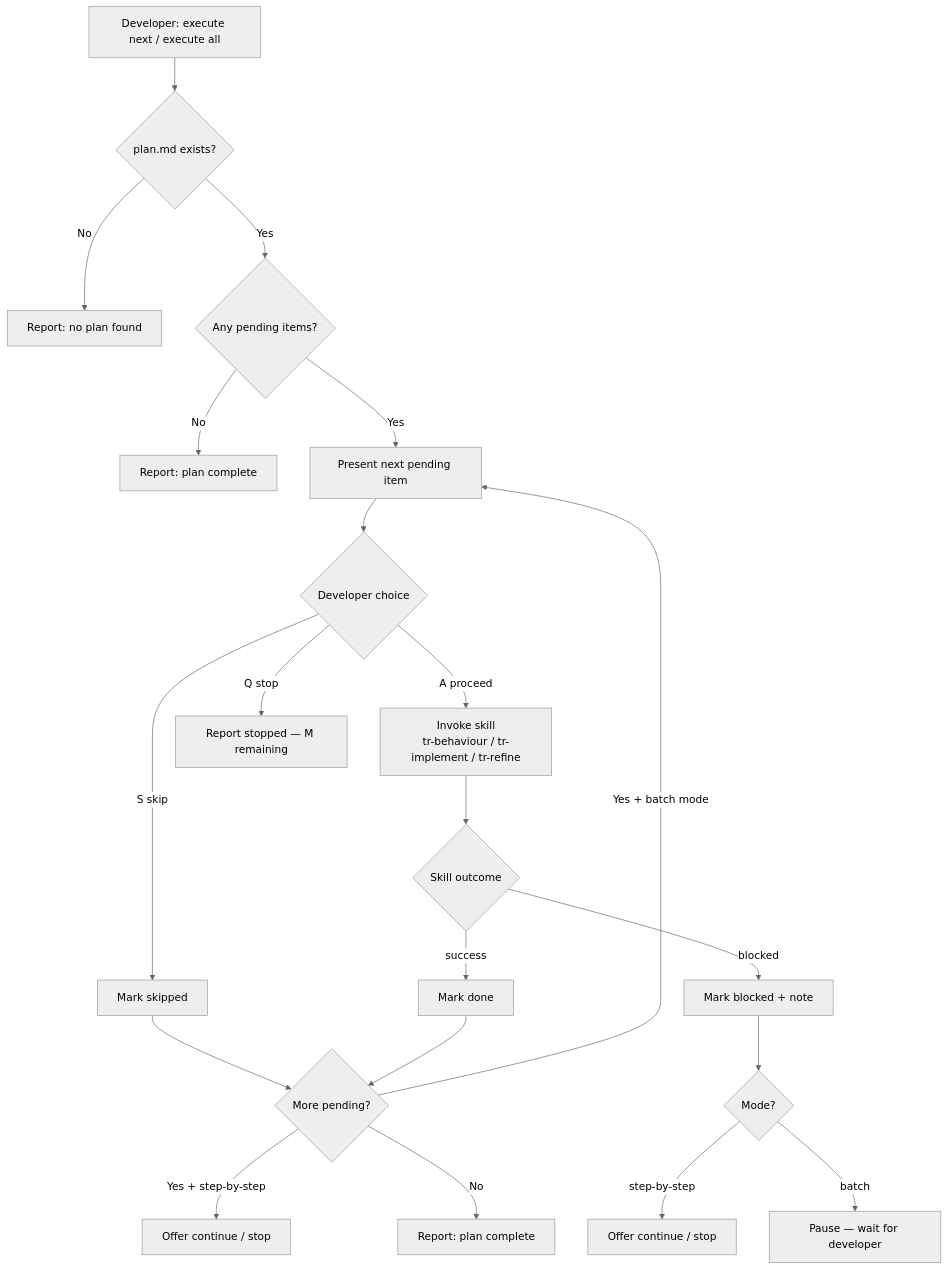
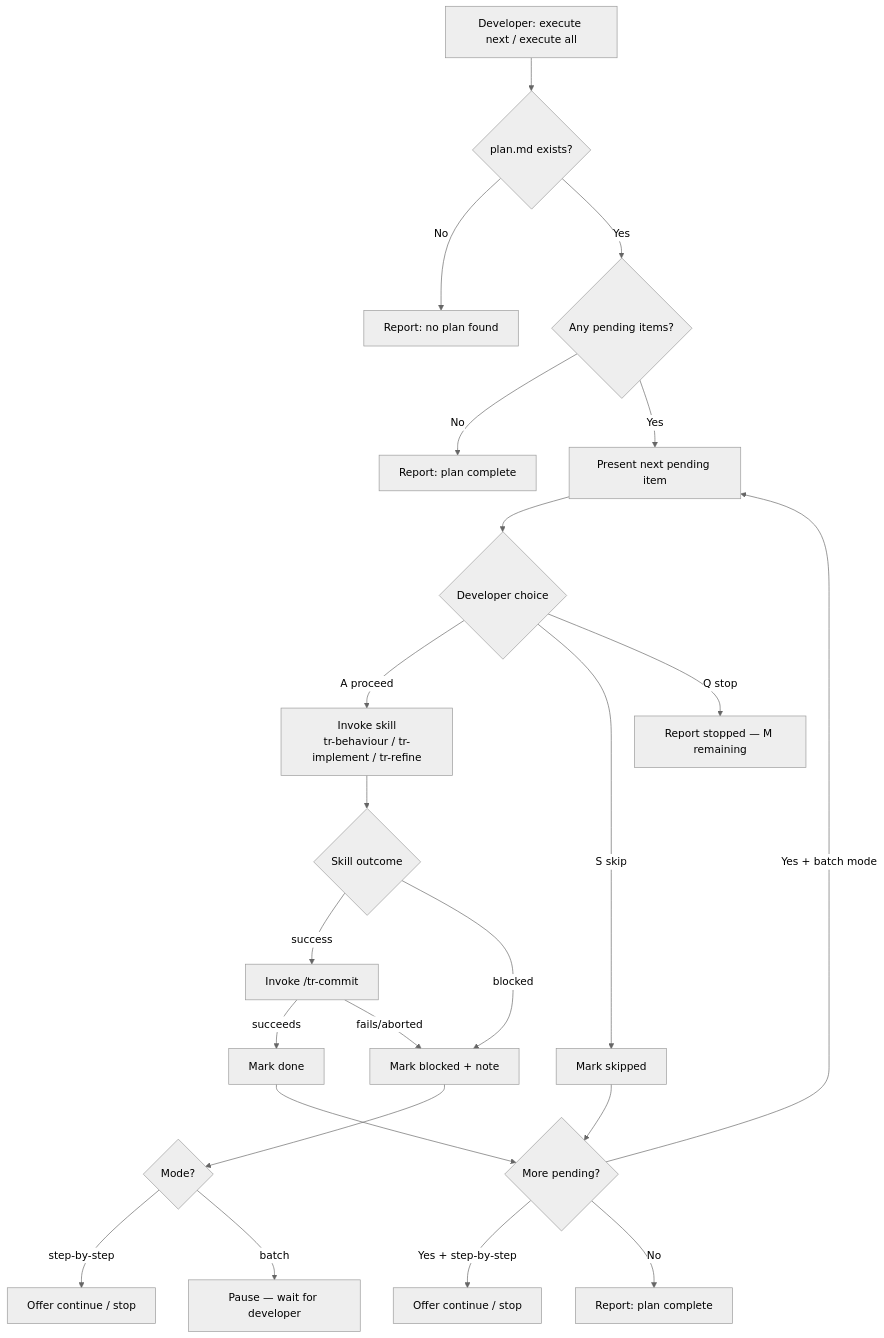
Before and after one commit to imix/taproot: the diagram in taproot/specs/implementation-planning/execute-plan/usecase.md, drawn with Mermaid (neutral theme). The commit also changed other lines of this file and 1 other file, not shown here.

Commit message:
spec: strengthen execute-plan commit gate — postcondition, error condition, flow diagram

````diff
--- a/taproot/specs/implementation-planning/execute-plan/usecase.md
+++ b/taproot/specs/implementation-planning/execute-plan/usecase.md
@@ -156,20 +158,22 @@
 ```mermaid
 flowchart TD
     A[Developer: execute next / execute all] --> B{plan.md exists?}
     B -->|No| C[Report: no plan found]
     B -->|Yes| D{Any pending items?}
     D -->|No| E[Report: plan complete]
     D -->|Yes| F[Present next pending item]
     F --> G{Developer choice}
     G -->|A proceed| H[Invoke skill\ntr-behaviour / tr-implement / tr-refine]
     G -->|S skip| I[Mark skipped] --> K
     G -->|Q stop| J[Report stopped — M remaining]
     H --> L{Skill outcome}
-    L -->|success| M[Mark done] --> K
-    L -->|blocked| N[Mark blocked + note] --> O{Mode?}
+    L -->|success| M1[Invoke /tr-commit]
+    M1 -->|succeeds| M[Mark done] --> K
+    M1 -->|fails/aborted| N[Mark blocked + note] --> O{Mode?}
+    L -->|blocked| N
     O -->|step-by-step| P[Offer continue / stop]
     O -->|batch| Q[Pause — wait for developer]
     K{More pending?} -->|Yes + batch mode| F
     K -->|Yes + step-by-step| R[Offer continue / stop]
     K -->|No| S[Report: plan complete]
 ```
````
